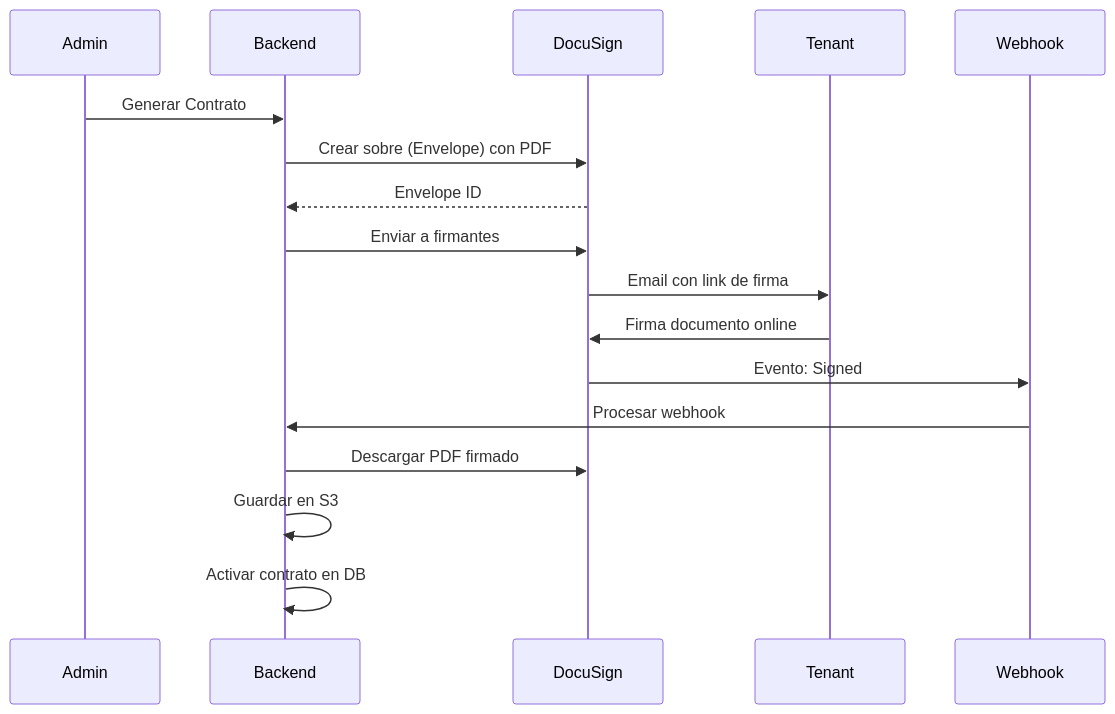
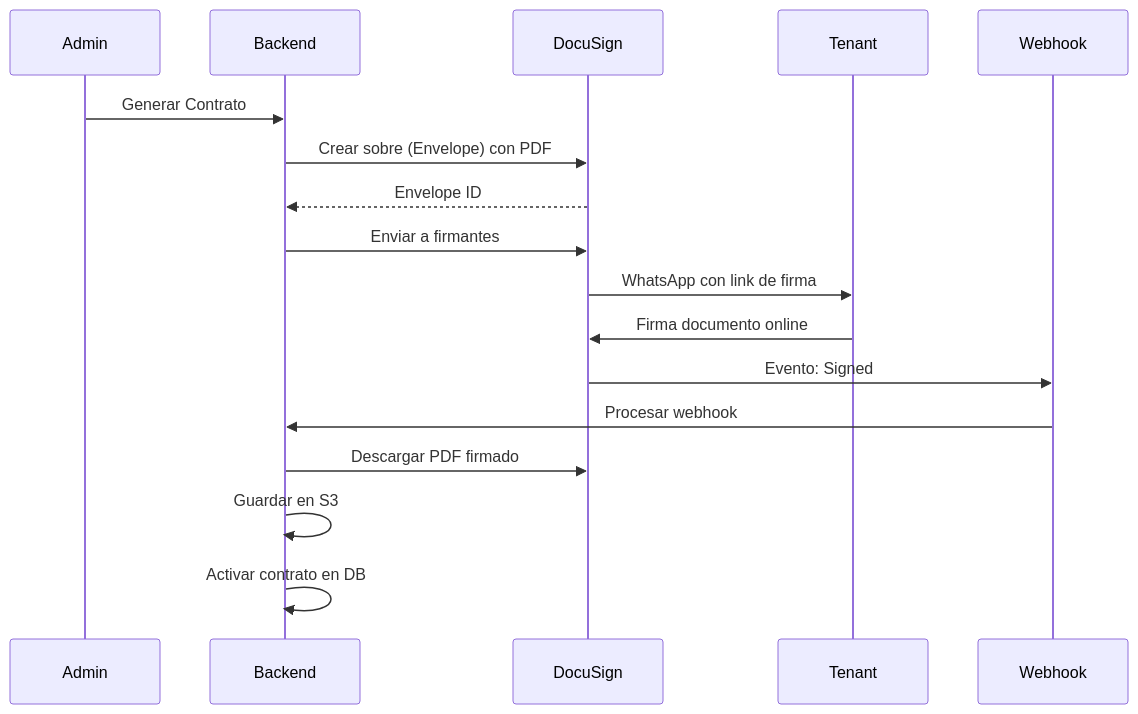
One commit to andrescastiglia/rent changed the second of 14 diagrams in docs/technical/sequence.md. Above: the diagram before and after it, drawn with Mermaid. The commit also changed other lines of this file and 33 other files, not shown here.

First line of the commit message:
feat: integrate WhatsApp messaging for notifications and reminders

````diff
--- a/docs/technical/sequence.md
+++ b/docs/technical/sequence.md
@@ -34,22 +34,22 @@
 ```mermaid
 sequenceDiagram
     participant Admin
     participant Backend
     participant DocuSign
     participant Tenant
     participant Webhook
 
     Admin->>Backend: Generar Contrato
     Backend->>DocuSign: Crear sobre (Envelope) con PDF
     DocuSign-->>Backend: Envelope ID
     Backend->>DocuSign: Enviar a firmantes
     
-    DocuSign->>Tenant: Email con link de firma
+    DocuSign->>Tenant: WhatsApp con link de firma
     Tenant->>DocuSign: Firma documento online
     
     DocuSign->>Webhook: Evento: Signed
     Webhook->>Backend: Procesar webhook
     Backend->>DocuSign: Descargar PDF firmado
     Backend->>Backend: Guardar en S3
     Backend->>Backend: Activar contrato en DB
 ```
````
